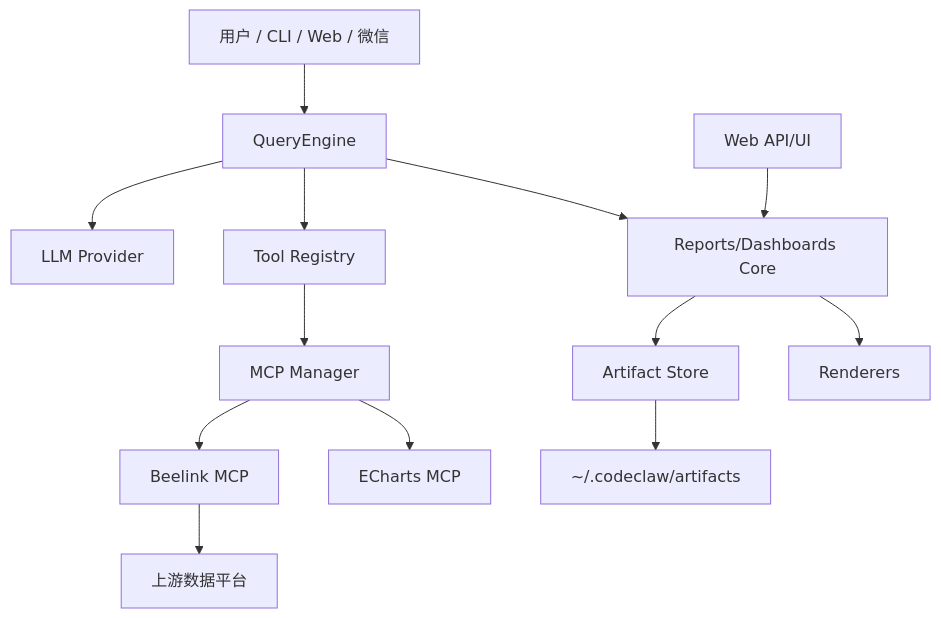
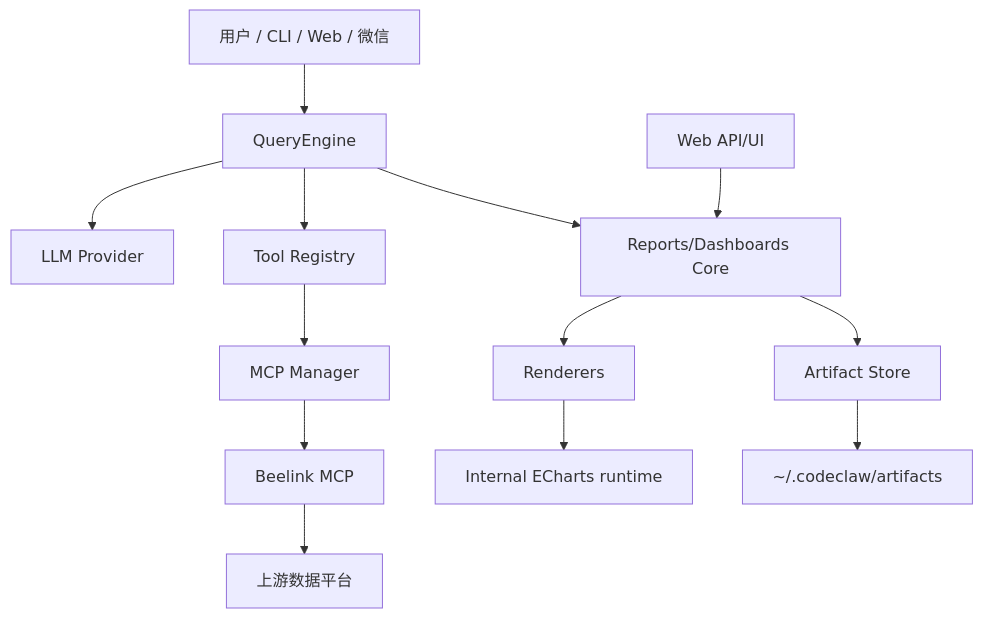
One commit to xutianliang77-create/chatbi changed the diagram in docs/CODECLAW_REPORT_DASHBOARD_TECH_DESIGN.md. Above: the diagram before and after it, drawn with Mermaid. The commit also changed other lines of this file and 51 other files, not shown here.

````diff
--- a/docs/CODECLAW_REPORT_DASHBOARD_TECH_DESIGN.md
+++ b/docs/CODECLAW_REPORT_DASHBOARD_TECH_DESIGN.md
@@ -42,15 +42,15 @@
 ```mermaid
 flowchart TD
   USER["用户 / CLI / Web / 微信"] --> QE["QueryEngine"]
   QE --> LLM["LLM Provider"]
   QE --> TOOL["Tool Registry"]
   TOOL --> MCP["MCP Manager"]
   MCP --> BEELINK["Beelink MCP"]
-  MCP --> ECHARTS["ECharts MCP"]
+  RENDER --> ECHARTS["Internal ECharts runtime"]
   BEELINK --> DATA["上游数据平台"]
   QE --> CORE["Reports/Dashboards Core"]
   WEB["Web API/UI"] --> CORE
   CORE --> STORE["Artifact Store"]
   CORE --> RENDER["Renderers"]
   STORE --> FS["~/.codeclaw/artifacts"]
 ```
````
